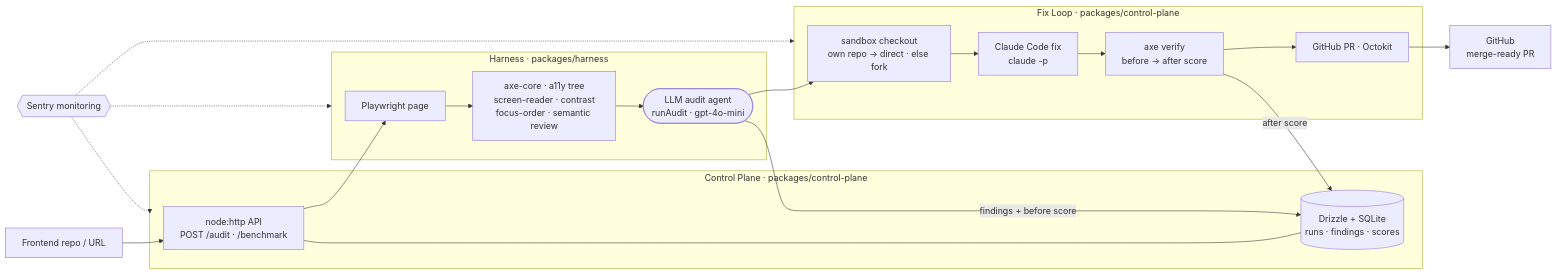
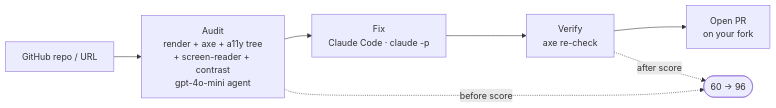
Before and after one commit to yangzhang75/Ramp: the diagram in README.md, drawn with Mermaid. The commit also changed other lines of this file, not shown here.

First line of the commit message:
docs(readme): cleaner architecture + Setup/tokens section + honest benchmark

````diff
--- a/README.md
+++ b/README.md
@@ -41,34 +27,10 @@
 ```mermaid
 flowchart LR
-  USER["Frontend repo / URL"] --> API
-
-  subgraph CP["Control Plane · packages/control-plane"]
-    API["node:http API<br/>POST /audit · /benchmark"]
-    DB[("Drizzle + SQLite<br/>runs · findings · scores")]
-    API --- DB
-  end
-
-  subgraph H["Harness · packages/harness"]
-    PW["Playwright page"]
-    TOOLS["axe-core · a11y tree<br/>screen-reader · contrast<br/>focus-order · semantic review"]
-    AGENT(["LLM audit agent<br/>runAudit · gpt-4o-mini"])
-    PW --> TOOLS --> AGENT
-  end
-
-  subgraph FL["Fix Loop · packages/control-plane"]
-    SB["sandbox checkout<br/>own repo → direct · else fork"]
-    FIX["Claude Code fix<br/>claude -p"]
-    VER["axe verify<br/>before → after score"]
-    PR["GitHub PR · Octokit"]
-    SB --> FIX --> VER --> PR
-  end
-
-  API --> PW
-  AGENT -->|"findings + before score"| DB
-  AGENT --> SB
-  VER -->|"after score"| DB
-  PR --> GH["GitHub<br/>merge-ready PR"]
-  SENTRY{{"Sentry monitoring"}} -.-> CP
-  SENTRY -.-> H
-  SENTRY -.-> FL
+  IN["GitHub repo / URL"] --> AUD
+  AUD["Audit<br/>render + axe + a11y tree<br/>+ screen-reader + contrast<br/>gpt-4o-mini agent"] --> FIX
+  FIX["Fix<br/>Claude Code · claude -p"] --> VER
+  VER["Verify<br/>axe re-check"] --> PR
+  PR["Open PR<br/>on your fork"]
+  AUD -. before score .-> SC(["60 → 96"])
+  VER -. after score .-> SC
 ```
````
